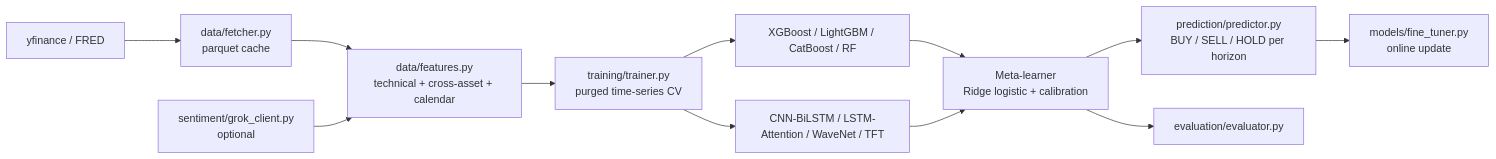
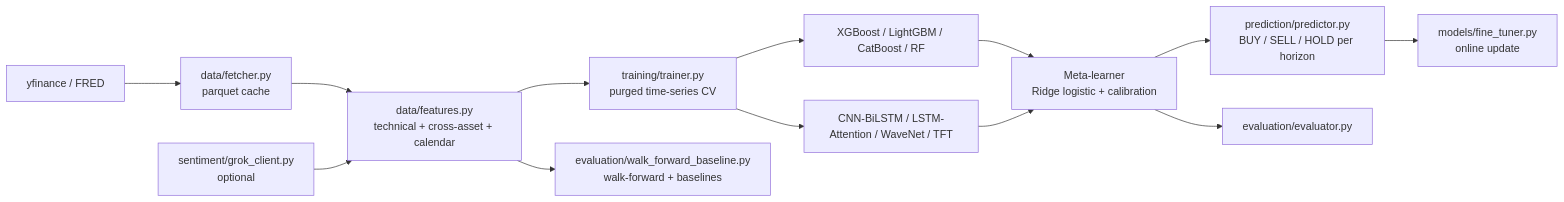
Before and after one commit to ORD1STAR/xau-price-predictor: the diagram in README.md, drawn with Mermaid. The commit also changed other lines of this file, not shown here.

````diff
--- a/README.md
+++ b/README.md
@@ -38,14 +105,15 @@
 ```mermaid
 flowchart LR
     A[yfinance / FRED] --> B[data/fetcher.py<br/>parquet cache]
     B --> C[data/features.py<br/>technical + cross-asset + calendar]
     S[sentiment/grok_client.py<br/>optional] --> C
     C --> D[training/trainer.py<br/>purged time-series CV]
     D --> E1[XGBoost / LightGBM / CatBoost / RF]
     D --> E2[CNN-BiLSTM / LSTM-Attention / WaveNet / TFT]
     E1 --> F[Meta-learner<br/>Ridge logistic + calibration]
     E2 --> F
     F --> G[prediction/predictor.py<br/>BUY / SELL / HOLD per horizon]
     F --> H[evaluation/evaluator.py]
+    C --> W[evaluation/walk_forward_baseline.py<br/>walk-forward + baselines]
     G --> I[models/fine_tuner.py<br/>online update]
 ```
````
